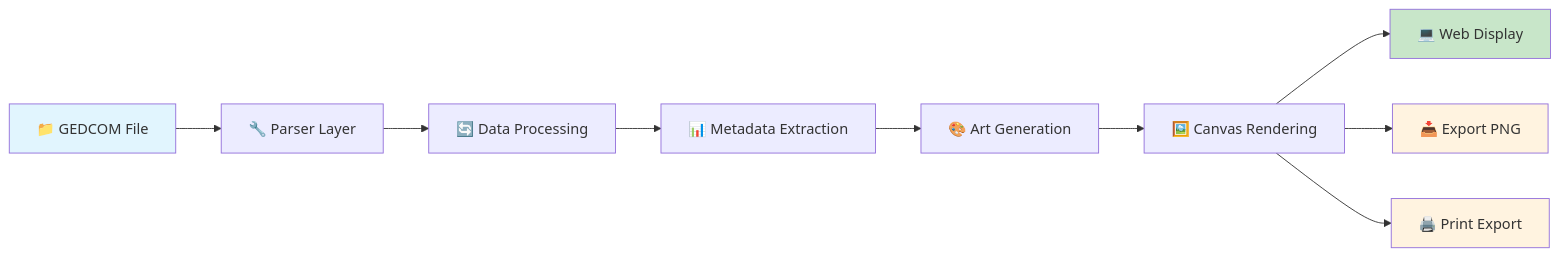
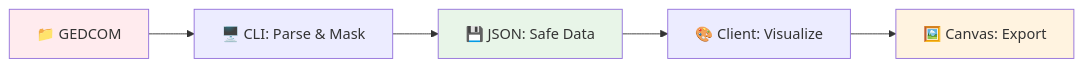
The diagram in docs/README.md (kevinmaes/generation-art), drawn with Mermaid before and after one commit. The commit also changed other lines of this file and 11 other files, not shown here.

Commit message:
Remove outdated documentation files including API reference, data flow diagrams, data flow stages, GEDCOM parser analysis, property mapping, and integration guide to streamline project documentation.

````diff
--- a/docs/README.md
+++ b/docs/README.md
@@ -53,16 +21,11 @@
 ```mermaid
 graph LR
-    A[📁 GEDCOM File] --> B[🔧 Parser Layer]
-    B --> C[🔄 Data Processing]
-    C --> D[📊 Metadata Extraction]
-    D --> E[🎨 Art Generation]
-    E --> F[🖼️ Canvas Rendering]
-    F --> G[💻 Web Display]
-    F --> H[📥 Export PNG]
-    F --> I[🖨️ Print Export]
+    A[📁 GEDCOM] --> B[🖥️ CLI: Parse & Mask]
+    B --> C[💾 JSON: Safe Data]
+    C --> D[🎨 Client: Visualize]
+    D --> E[🖼️ Canvas: Export]
 
-    style A fill:#e1f5fe
-    style G fill:#c8e6c9
-    style H fill:#fff3e0
-    style I fill:#fff3e0
+    style A fill:#ffebee
+    style C fill:#e8f5e8
+    style E fill:#fff3e0
 ```
````
